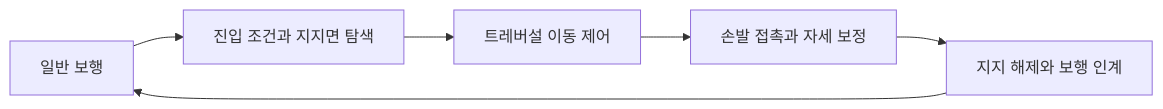
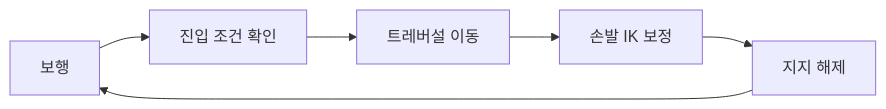
Before and after one commit to imjae/imjae.github.io: the diagram in content/articles/gameplay/ik-traversal.md, drawn with Mermaid. The commit also changed other lines of this file and 28 other files, not shown here.

````diff
--- a/content/articles/gameplay/ik-traversal.md
+++ b/content/articles/gameplay/ik-traversal.md
@@ -31,8 +29,8 @@
 ```mermaid
 flowchart LR
-    A[일반 보행] --> B[진입 조건과 지지면 탐색]
-    B --> C[트레버설 이동 제어]
-    C --> D[손발 접촉과 자세 보정]
-    D --> E[지지 해제와 보행 인계]
+    A[보행] --> B[진입 조건 확인]
+    B --> C[트레버설 이동]
+    C --> D[손발 IK 보정]
+    D --> E[지지 해제]
     E --> A
 ```
````
